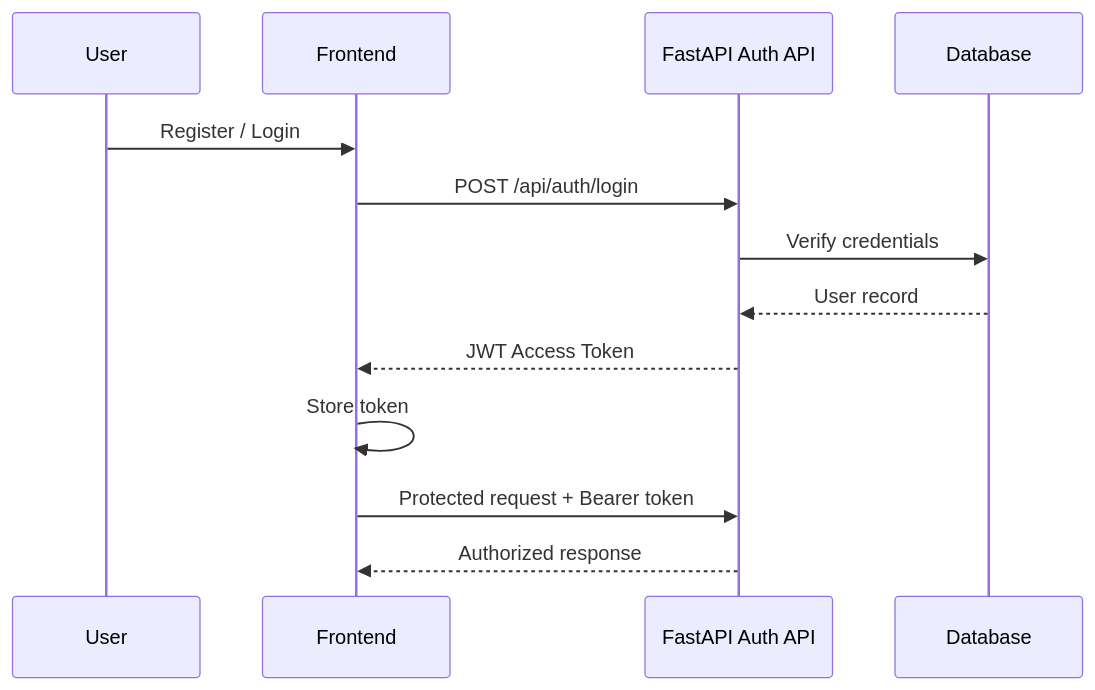
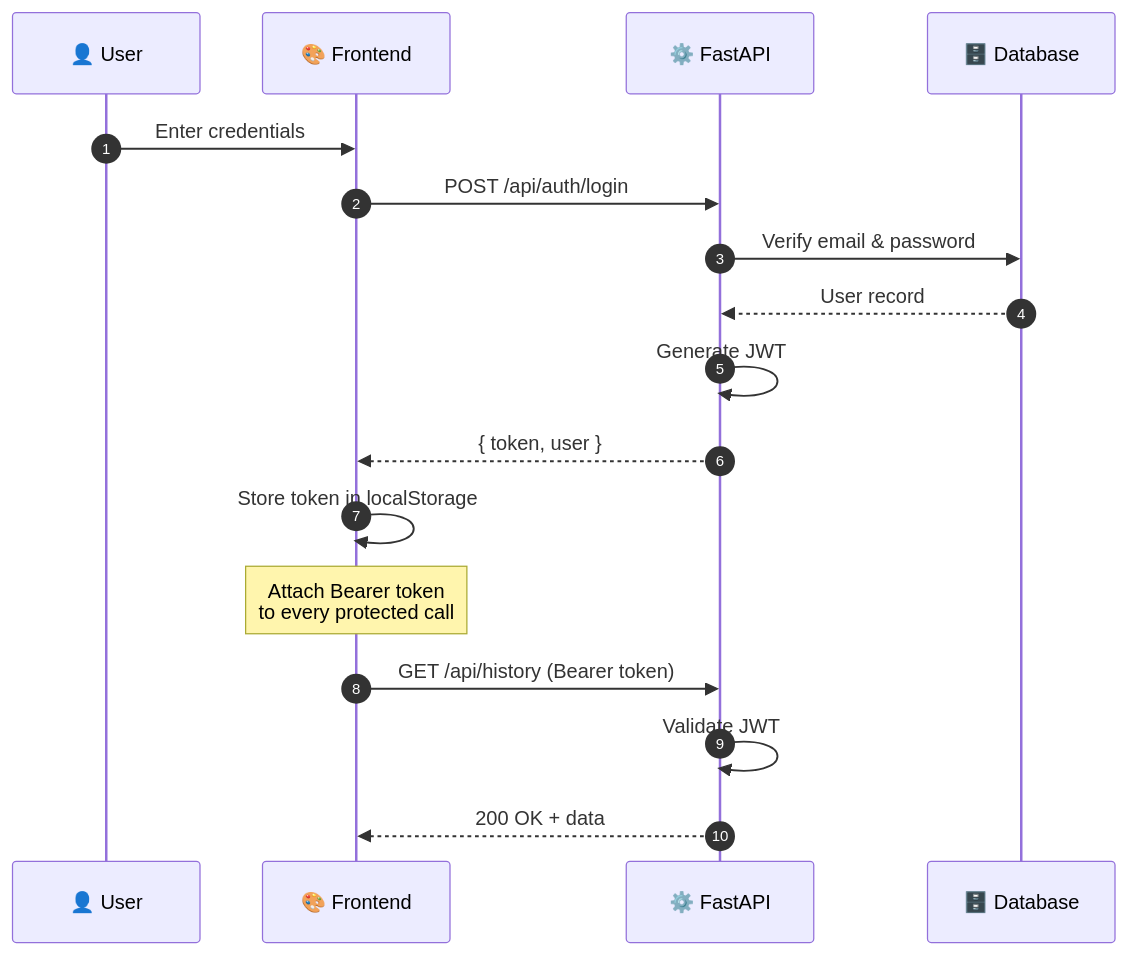
The third of 6 diagrams in README.md (JADAVDHRUVIT21/Text-To-Speech), drawn with Mermaid before and after one commit. The commit also changed other lines of this file, not shown here.

````diff
--- a/README.md
+++ b/README.md
@@ -272,16 +476,20 @@
 ```mermaid
 sequenceDiagram
-    participant U as User
-    participant F as Frontend
-    participant A as FastAPI Auth API
-    participant D as Database
+    autonumber
+    participant U as 👤 User
+    participant F as 🎨 Frontend
+    participant A as ⚙️ FastAPI
+    participant D as 🗄️ Database
 
-    U->>F: Register / Login
+    U->>F: Enter credentials
     F->>A: POST /api/auth/login
-    A->>D: Verify credentials
+    A->>D: Verify email & password
     D-->>A: User record
-    A-->>F: JWT Access Token
-    F->>F: Store token
-    F->>A: Protected request + Bearer token
-    A-->>F: Authorized response
+    A->>A: Generate JWT
+    A-->>F: { token, user }
+    F->>F: Store token in localStorage
+    Note over F: Attach Bearer token<br/>to every protected call
+    F->>A: GET /api/history (Bearer token)
+    A->>A: Validate JWT
+    A-->>F: 200 OK + data
 ```
````
